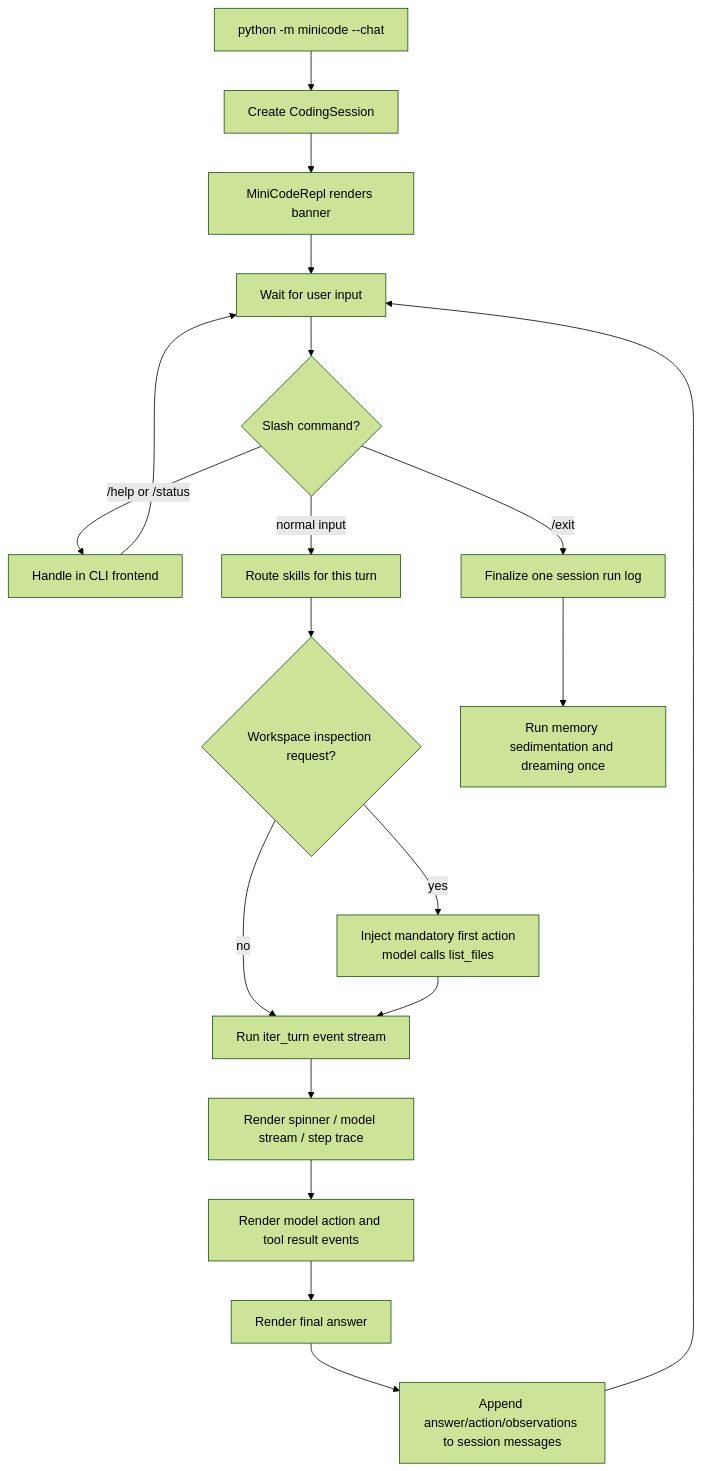
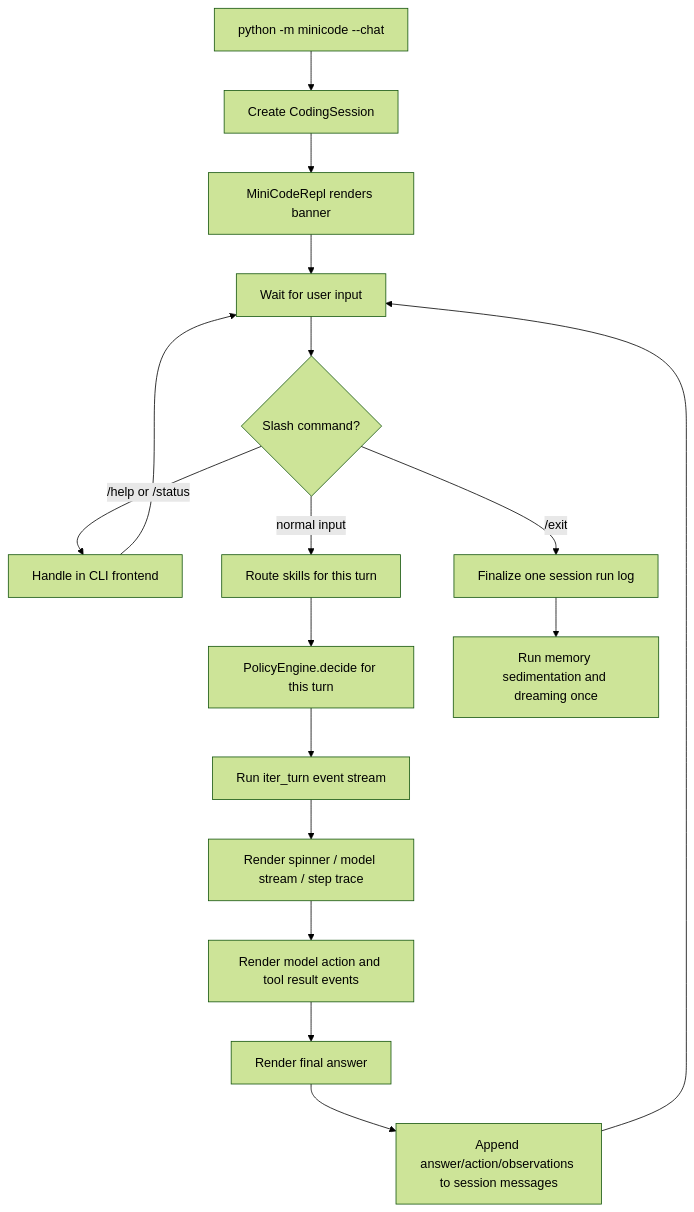
Before and after one commit to Cachuela11/MiniCode: the second of 11 diagrams in README.md, drawn with Mermaid (forest theme). The commit also changed other lines of this file and 8 other files, not shown here.

````diff
--- a/README.md
+++ b/README.md
@@ -95,21 +95,19 @@
 ```mermaid
 flowchart TD
     A[python -m minicode --chat] --> B[Create CodingSession]
     B --> C[MiniCodeRepl renders banner]
     C --> D[Wait for user input]
     D --> E{Slash command?}
     E -->|/help or /status| F[Handle in CLI frontend]
     F --> D
     E -->|/exit| G[Finalize one session run log]
     E -->|normal input| H[Route skills for this turn]
-    H --> P{Workspace inspection request?}
-    P -->|yes| Q[Inject mandatory first action<br/>model calls list_files]
-    P -->|no| I[Run iter_turn event stream]
-    Q --> I
+    H --> P[PolicyEngine.decide for this turn]
+    P --> I[Run iter_turn event stream]
     I --> J[Render spinner / model stream / step trace]
     J --> K[Render model action and tool result events]
     K --> L[Render final answer]
     L --> M[Append answer/action/observations to session messages]
     M --> D
     G --> N[Run memory sedimentation and dreaming once]
 ```
````
